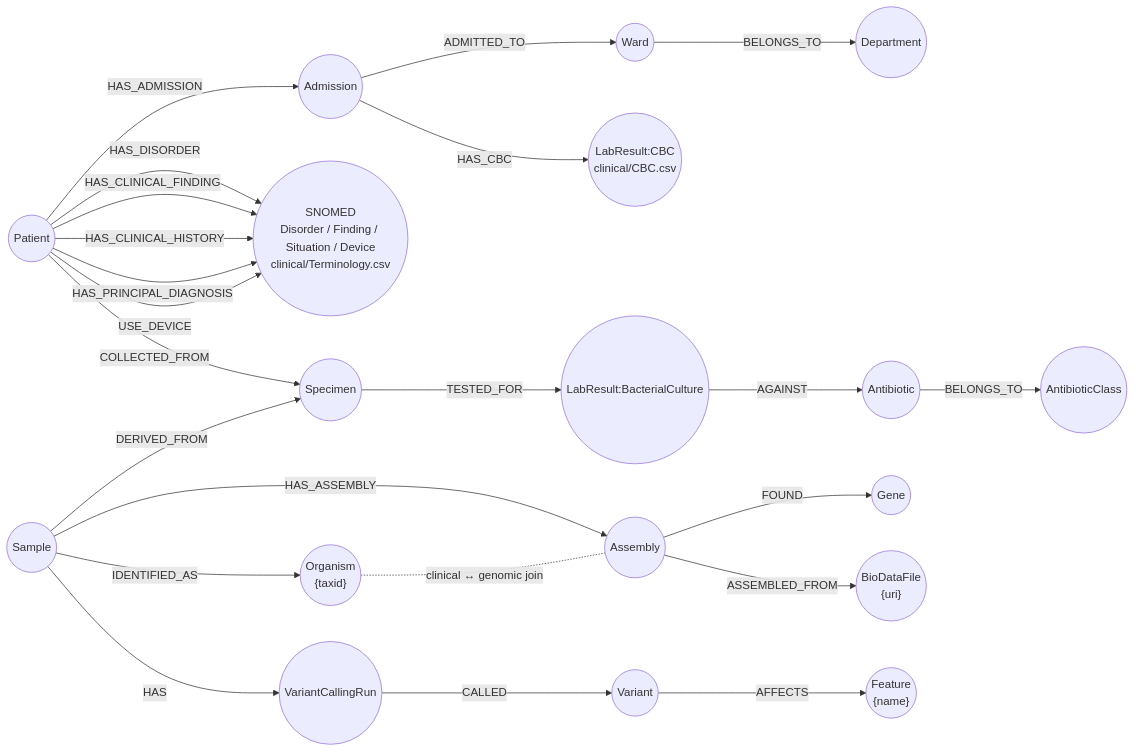
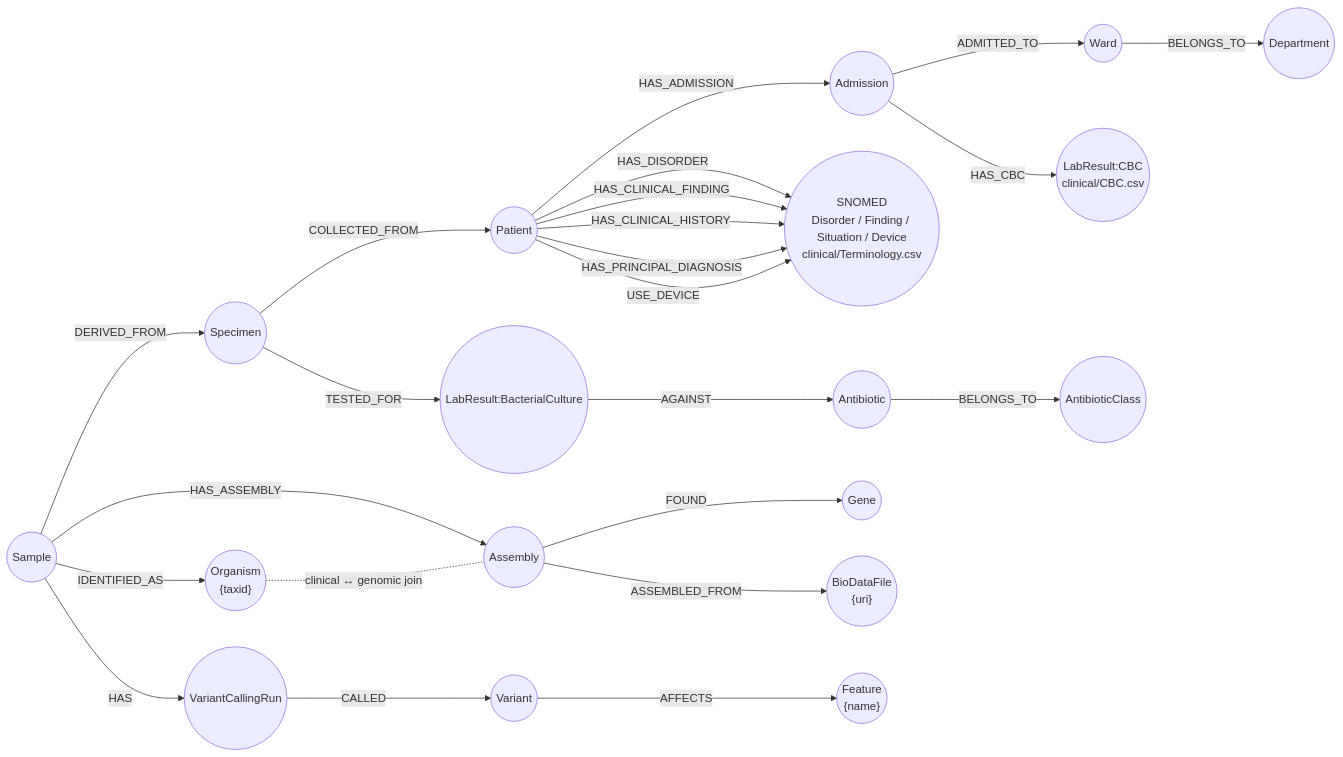
The diagram in example/demo-kit/README.md (STTLab/NosoGraph), drawn with Mermaid before and after one commit.

````diff
--- a/example/demo-kit/README.md
+++ b/example/demo-kit/README.md
@@ -26,60 +26,60 @@
 ```mermaid
 flowchart LR
 
 %% Clinical
 Patient((Patient))
 Admission((Admission))
 Ward((Ward))
 Department((Department))
 SNOMED(("SNOMED<br/>Disorder / Finding / Situation / Device<br/>clinical/Terminology.csv"))
 CBC(("LabResult:CBC<br/>clinical/CBC.csv"))
 
 Specimen((Specimen))
 Sample((Sample))
 Culture(("LabResult:BacterialCulture"))
 Antibiotic((Antibiotic))
 AntibioticClass((AntibioticClass))
 
 %% Genomics
 Organism(("Organism<br/>{taxid}"))
 Assembly((Assembly))
 Gene((Gene))
 BioDataFile(("BioDataFile<br/>{uri}"))
 VariantCallingRun((VariantCallingRun))
 Variant((Variant))
 Feature(("Feature<br/>{name}"))
 
 %% Patient
 Patient -->|HAS_ADMISSION| Admission
 Admission -->|ADMITTED_TO| Ward
 Ward -->|BELONGS_TO| Department
 
 Patient -->|HAS_DISORDER| SNOMED
 Patient -->|HAS_CLINICAL_FINDING| SNOMED
 Patient -->|HAS_CLINICAL_HISTORY| SNOMED
 Patient -->|HAS_PRINCIPAL_DIAGNOSIS| SNOMED
 Patient -->|USE_DEVICE| SNOMED
 
 Admission -->|HAS_CBC| CBC
 
 %% Specimen & microbiology
-Patient -->|COLLECTED_FROM| Specimen
+Specimen -->|COLLECTED_FROM| Patient
 Sample -->|DERIVED_FROM| Specimen
 Specimen -->|TESTED_FOR| Culture
 
 Culture -->|AGAINST| Antibiotic
 Antibiotic -->|BELONGS_TO| AntibioticClass
 
 %% Clinical ↔ Genomics
 Sample -->|IDENTIFIED_AS| Organism
 
 Sample -->|HAS_ASSEMBLY| Assembly
 Assembly -->|FOUND| Gene
 Assembly -->|ASSEMBLED_FROM| BioDataFile
 
 Sample -->|HAS| VariantCallingRun
 VariantCallingRun -->|CALLED| Variant
 Variant -->|AFFECTS| Feature
 
 Organism -. "clinical ↔ genomic join" .- Assembly
 ```
````
